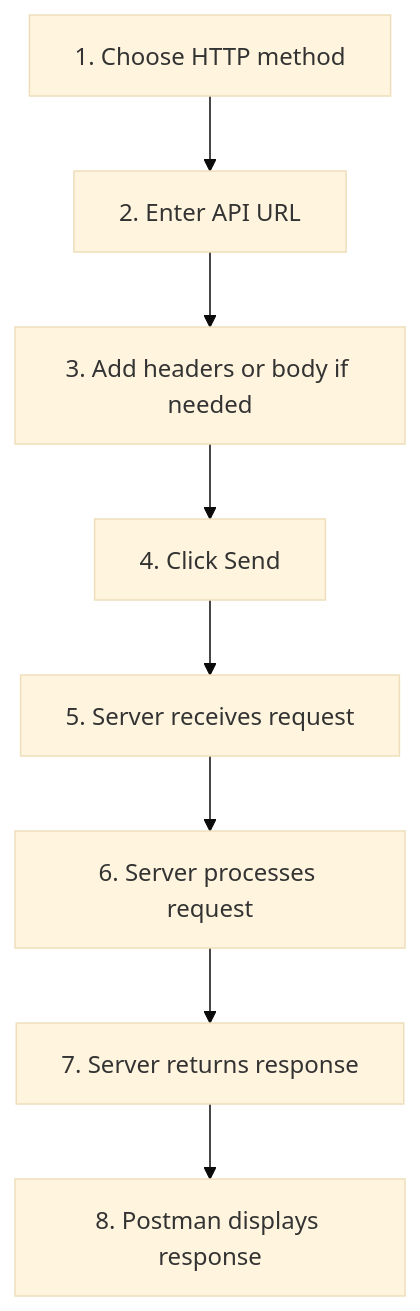
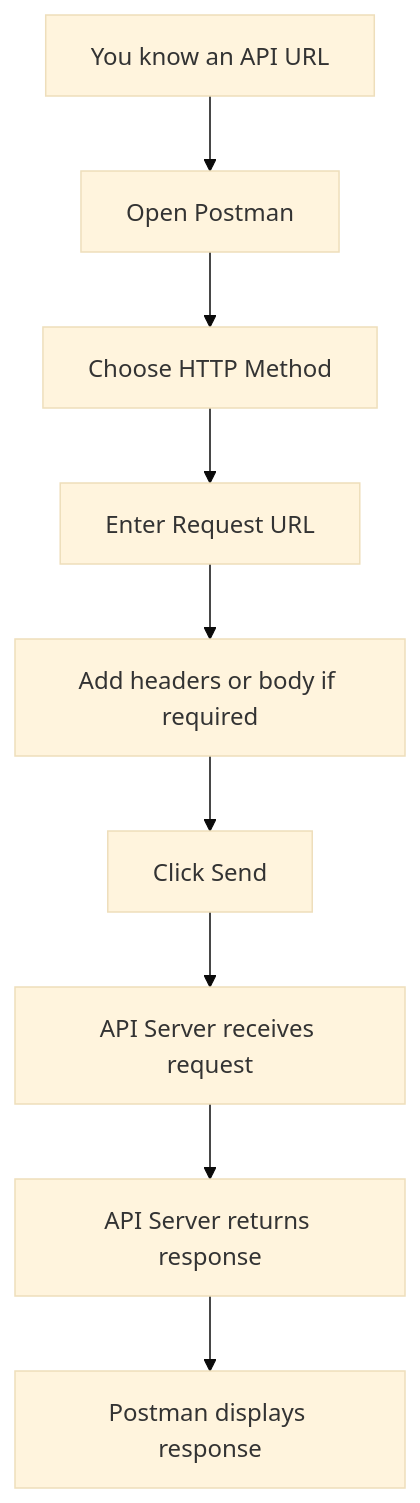
Before and after one commit to reltronersk/skill-wanderer-progress-documentation: diagram 13 of 26 in module-0-1/README.md, drawn with Mermaid (base theme). The commit also changed other lines of this file, not shown here.

````diff
--- a/module-0-1/README.md
+++ b/module-0-1/README.md
@@ -431,13 +450,14 @@
 ```mermaid
 flowchart TD
-    A[1. Choose HTTP method]
-    B[2. Enter API URL]
-    C[3. Add headers or body if needed]
-    D[4. Click Send]
-    E[5. Server receives request]
-    F[6. Server processes request]
-    G[7. Server returns response]
-    H[8. Postman displays response]
+    A[You know an API URL]
+    B[Open Postman]
+    C[Choose HTTP Method]
+    D[Enter Request URL]
+    E[Add headers or body if required]
+    F[Click Send]
+    G[API Server receives request]
+    H[API Server returns response]
+    I[Postman displays response]
 
-    A --> B --> C --> D --> E --> F --> G --> H
+    A --> B --> C --> D --> E --> F --> G --> H --> I
 ```
````
